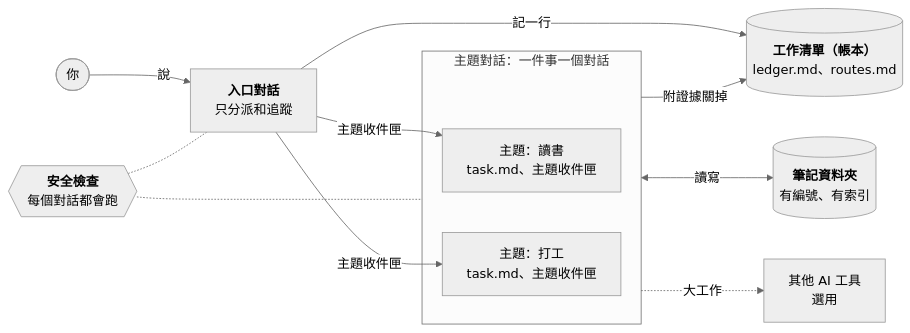
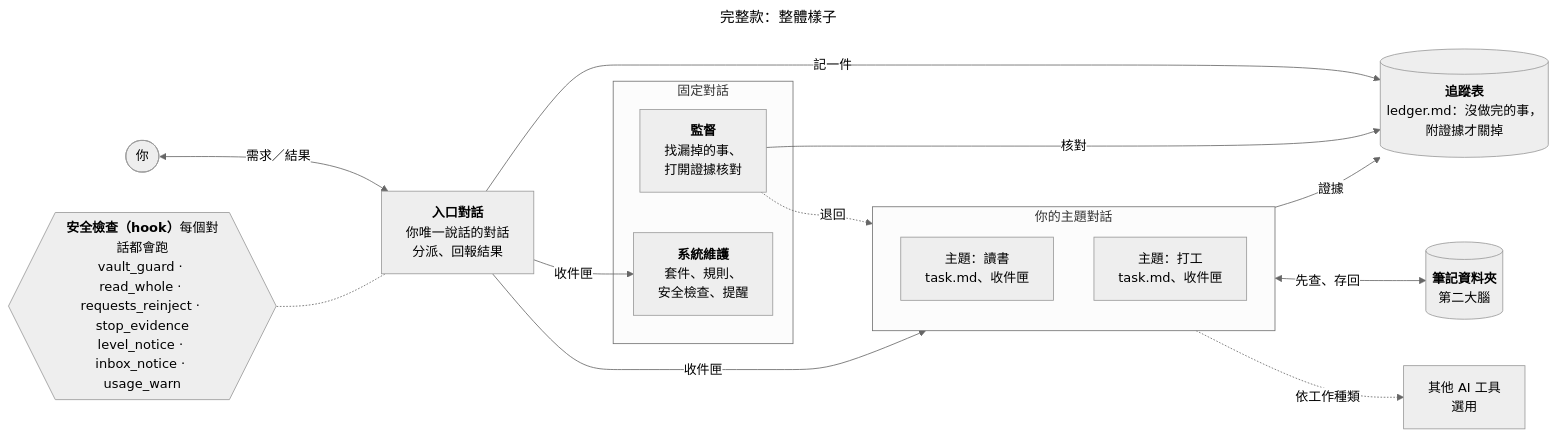
Before and after one commit to 0Smallcat0/second-brain-kit: the first of 6 diagrams in docs/zh-TW/進階功能.md, drawn with Mermaid (neutral theme). The commit also changed other lines of this file and 48 other files, not shown here.

Commit message:
0.2.4: Full-plan labels, tracker wording, fixed entry/supervisor/maintenance sessions, plan-based wake choice

````diff
--- a/docs/zh-TW/進階功能.md
+++ b/docs/zh-TW/進階功能.md
@@ -40,16 +64,24 @@
 ```mermaid
+---
+title: "完整款：整體樣子"
+---
 flowchart LR
-  You(["你"]) -->|說| Entry["<b>入口對話</b><br/>只分派和追蹤"]
-  Entry -->|記一行| Ledger[("<b>工作清單（帳本）</b><br/>ledger.md、routes.md")]
-  subgraph Topics["主題對話：一件事一個對話"]
-    TA["主題：讀書<br/>task.md、主題收件匣"]
-    TB["主題：打工<br/>task.md、主題收件匣"]
+  You(["你"]) <-->|需求／結果| Entry["<b>入口對話</b><br/>你唯一說話的對話<br/>分派、回報結果"]
+  Entry -->|記一件| Tracker[("<b>追蹤表</b><br/>ledger.md：沒做完的事，<br/>附證據才關掉")]
+  subgraph Fixed["固定對話"]
+    Sup["<b>監督</b><br/>找漏掉的事、<br/>打開證據核對"]
+    Mnt["<b>系統維護</b><br/>套件、規則、<br/>安全檢查、提醒"]
   end
-  Entry -->|主題收件匣| TA
-  Entry -->|主題收件匣| TB
-  Topics -->|附證據關掉| Ledger
-  Topics <-->|讀寫| Vault[("<b>筆記資料夾</b><br/>有編號、有索引")]
-  Topics -.->|大工作| Tools["其他 AI 工具<br/>選用"]
-  Hooks{{"<b>安全檢查</b><br/>每個對話都會跑"}} -.- Entry
-  Hooks -.- Topics
+  subgraph Topics["你的主題對話"]
+    TA["主題：讀書<br/>task.md、收件匣"]
+    TB["主題：打工<br/>task.md、收件匣"]
+  end
+  Entry -->|收件匣| Topics
+  Entry -->|收件匣| Mnt
+  Topics -->|證據| Tracker
+  Sup -->|核對| Tracker
+  Sup -.->|退回| Topics
+  Topics <-->|先查、存回| Vault[("<b>筆記資料夾</b><br/>第二大腦")]
+  Topics -.->|依工作種類| Tools["其他 AI 工具<br/>選用"]
+  Hooks{{"<b>安全檢查（hook）</b>每個對話都會跑<br/>vault_guard · read_whole · requests_reinject · stop_evidence<br/>level_notice · inbox_notice · usage_warn"}} -.- Entry
 ```
````
